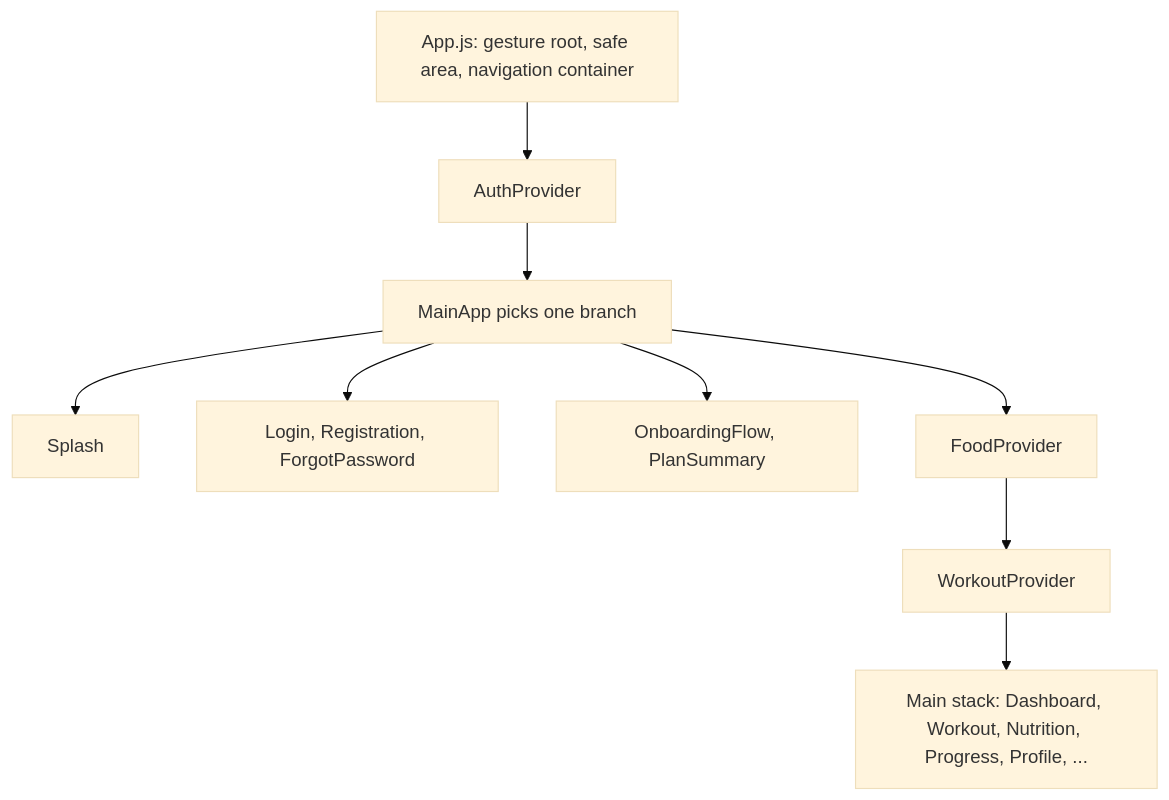
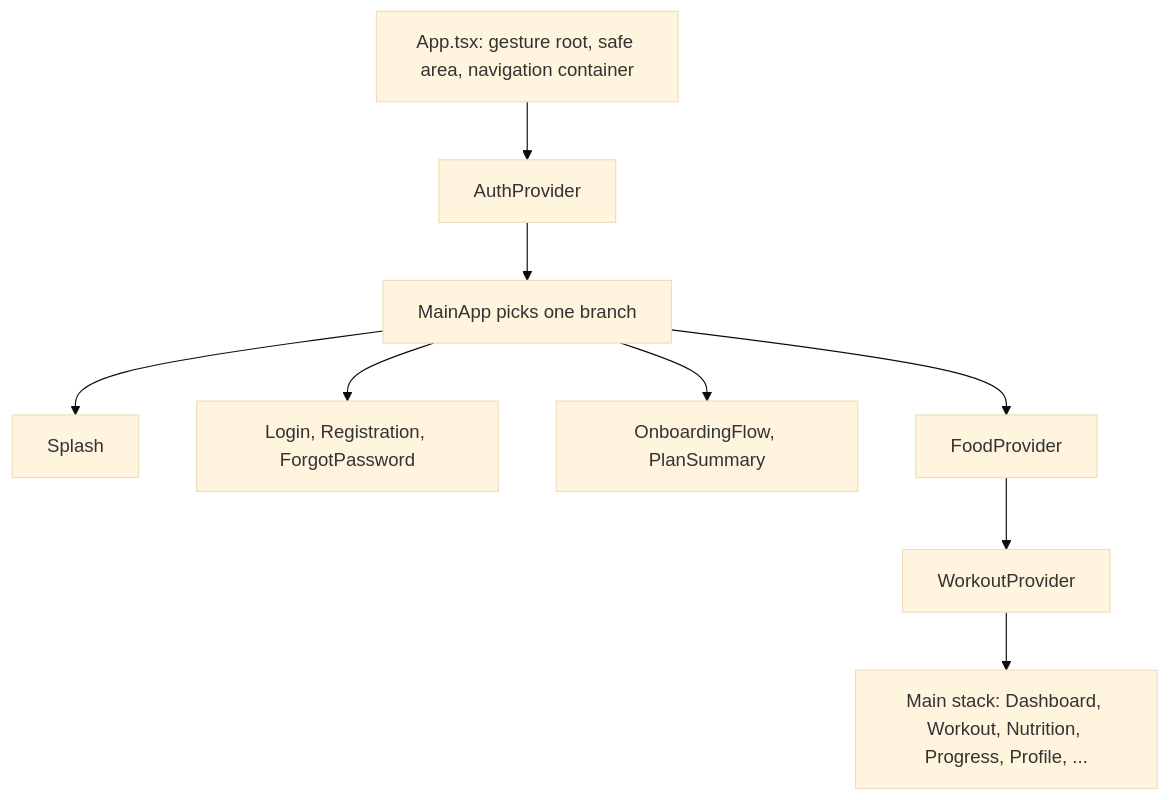
One commit to IulianBirladeanu07/uptrack changed the diagram in AGENTS.md. Above: the diagram before and after it, drawn with Mermaid (base theme). The commit also changed other lines of this file and 1 other file, not shown here.

````diff
--- a/AGENTS.md
+++ b/AGENTS.md
@@ -91,11 +90,11 @@
 ```mermaid
 flowchart TB
-  app["App.js: gesture root, safe area, navigation container"] --> auth["AuthProvider"]
+  app["App.tsx: gesture root, safe area, navigation container"] --> auth["AuthProvider"]
   auth --> main["MainApp picks one branch"]
   main --> splash["Splash"]
   main --> signedOut["Login, Registration, ForgotPassword"]
   main --> onboarding["OnboardingFlow, PlanSummary"]
   main --> food["FoodProvider"]
   food --> workout["WorkoutProvider"]
   workout --> stack["Main stack: Dashboard, Workout, Nutrition, Progress, Profile, ..."]
 ```
````
